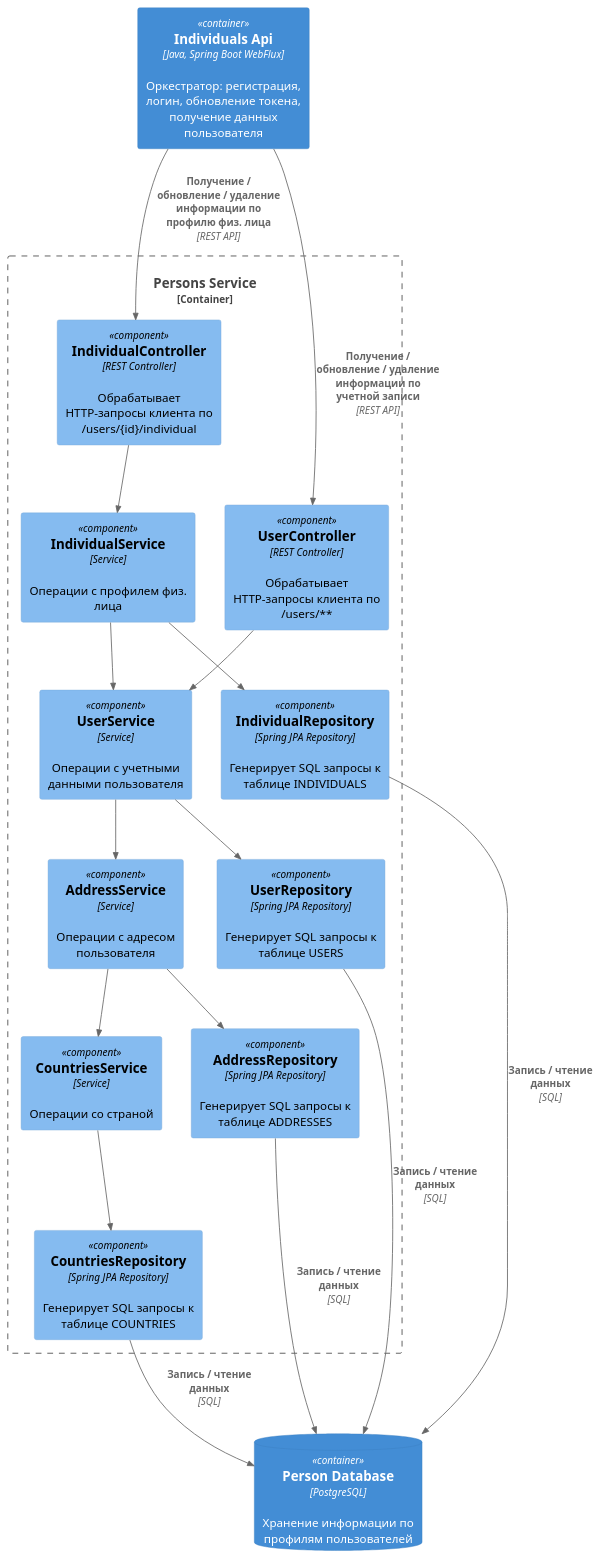
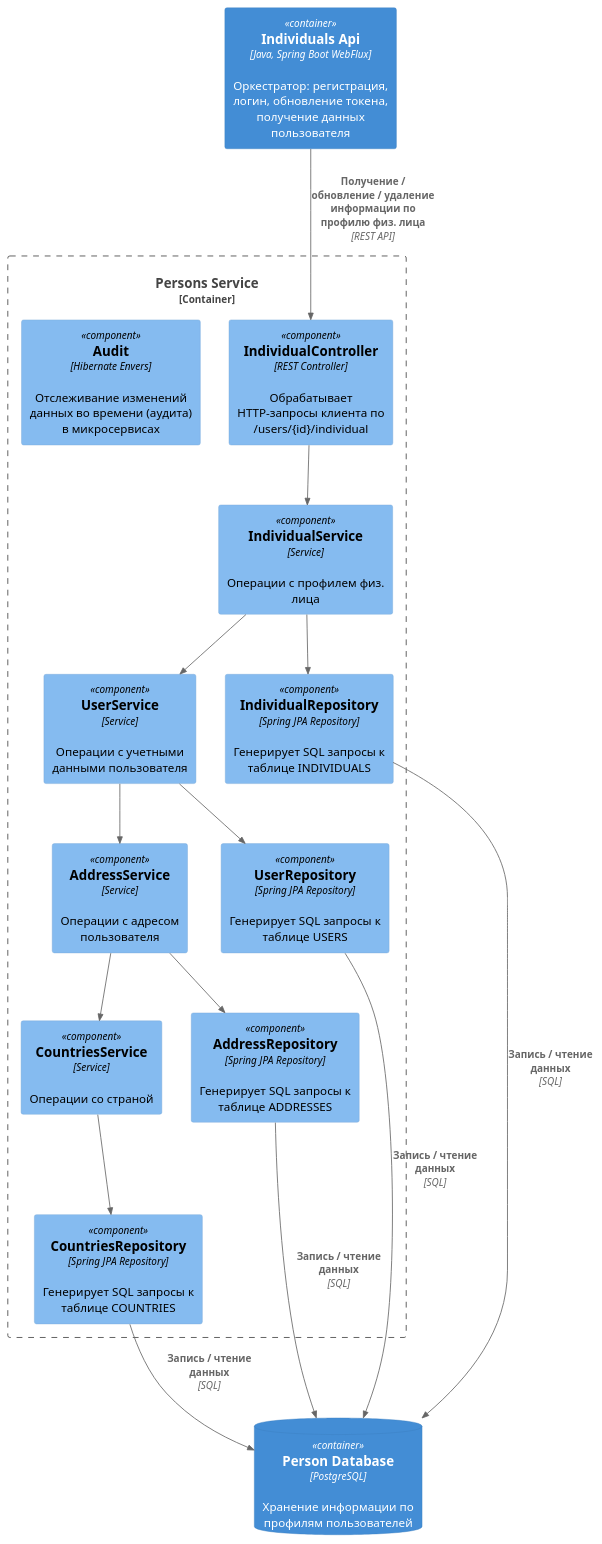
The diagram in architecture/person-service/Component.puml (Ersted-me/payment-system), drawn with PlantUML before and after one commit. The commit also changed 2 other files, not shown here.

Commit message:
update C4 diagrams

```diff
--- a/architecture/person-service/Component.puml
+++ b/architecture/person-service/Component.puml
@@ -1,46 +1,41 @@
 @startuml
 !include https://raw.githubusercontent.com/plantuml-stdlib/C4-PlantUML/master/C4_Component.puml
 
-
 Container_Boundary(persons_service, "Persons Service") {
-    Component(userController, "UserController", "REST Controller", "Обрабатывает HTTP-запросы клиента по /users/**")
     Component(individualController, "IndividualController", "REST Controller", "Обрабатывает HTTP-запросы клиента по /users/{id}/individual")
 
     Component(userService, "UserService", "Service", "Операции с учетными данными пользователя")
     Component(addressService, "AddressService", "Service", "Операции с адресом пользователя")
     Component(countryService, "CountriesService", "Service", "Операции со страной")
     Component(individualService, "IndividualService", "Service", "Операции с профилем физ. лица")
 
 
     Component(userRepository, "UserRepository", "Spring JPA Repository", "Генерирует SQL запросы к таблице USERS")
     Component(addressRepository, "AddressRepository", "Spring JPA Repository", "Генерирует SQL запросы к таблице ADDRESSES")
     Component(countryRepository, "CountriesRepository", "Spring JPA Repository", "Генерирует SQL запросы к таблице COUNTRIES")
     Component(individualRepository, "IndividualRepository", "Spring JPA Repository", "Генерирует SQL запросы к таблице INDIVIDUALS")
-
+    Component(audit, "Audit", "Hibernate Envers", "Отслеживание изменений данных во времени (аудита) в микросервисах")
 }
 
 Container(individuals_api, "Individuals Api", "Java, Spring Boot WebFlux", "Оркестратор: регистрация, логин, обновление токена, получение данных пользователя")
-Rel(individuals_api, userController, "Получение / обновление / удаление информации по учетной записи", "REST API")
 Rel(individuals_api, individualController, "Получение / обновление / удаление информации по профилю физ. лица", "REST API")
-
-Rel(userController, userService, "")
 Rel(individualController, individualService, "")
 
 Rel(userService, addressService, "")
 Rel(addressService, countryService, "")
 Rel(individualService, userService, "")
 
 Rel(userService, userRepository, "")
 Rel(addressService, addressRepository, "")
 Rel(countryService, countryRepository, "")
 Rel(individualService, individualRepository, "")
 
 
 ContainerDb(person_database, "Person Database", "PostgreSQL", "Хранение информации по профилям пользователей")
 Rel(userRepository, person_database, "Запись / чтение данных", "SQL")
 Rel(addressRepository, person_database, "Запись / чтение данных", "SQL")
 Rel(countryRepository, person_database, "Запись / чтение данных", "SQL")
 Rel(individualRepository, person_database, "Запись / чтение данных", "SQL")
 
 
 @enduml
```
